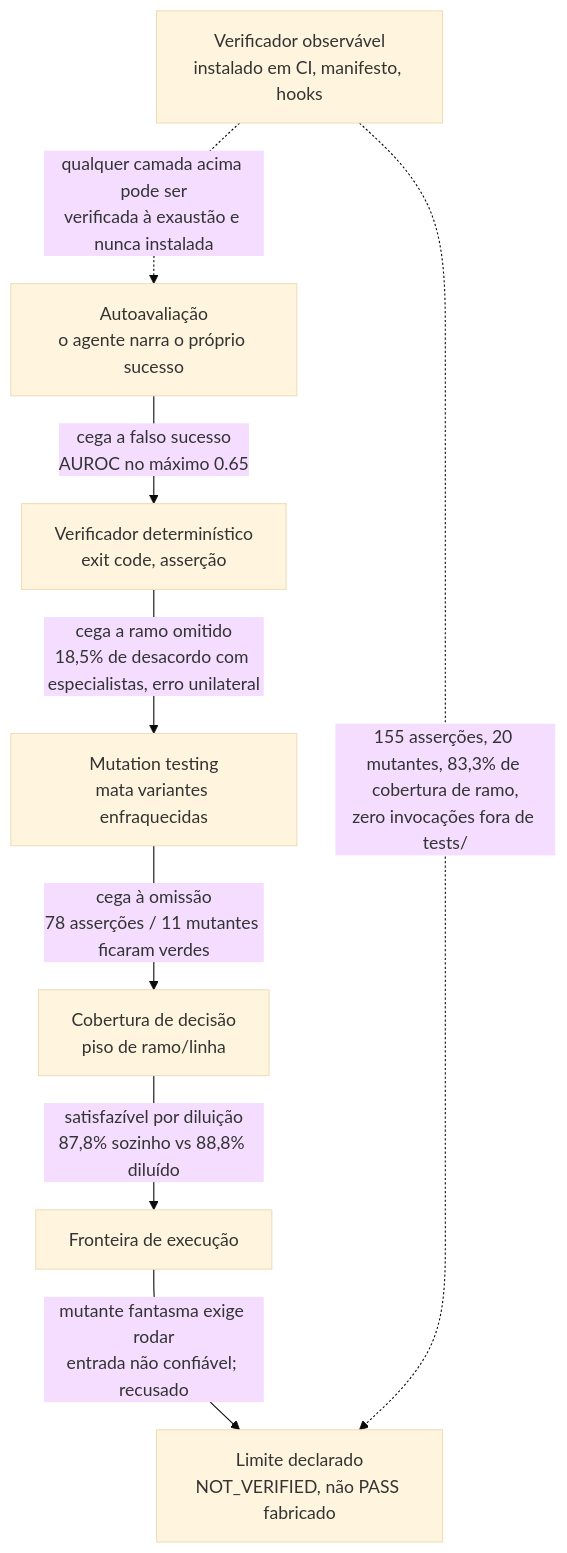
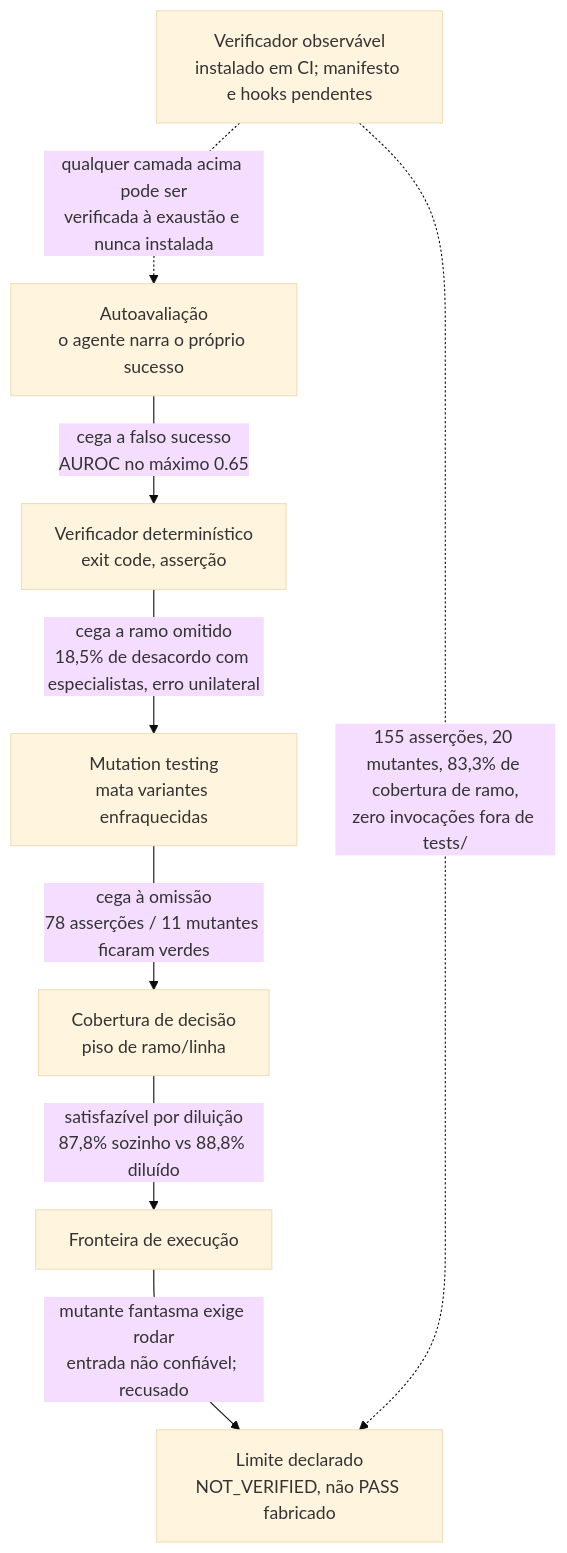
The fourth of 4 diagrams in README.pt-BR.md (MrSchrodingers/tollens), drawn with Mermaid (base theme) before and after one commit. The commit also changed 3 other files, not shown here.

````diff
--- a/README.pt-BR.md
+++ b/README.pt-BR.md
@@ -1024,11 +1024,11 @@
 ```mermaid
 flowchart TD
     A["Autoavaliação<br/>o agente narra o próprio sucesso"] -->|"cega a falso sucesso<br/>AUROC no máximo 0.65"| B["Verificador determinístico<br/>exit code, asserção"]
     B -->|"cega a ramo omitido<br/>18,5% de desacordo com especialistas, erro unilateral"| C["Mutation testing<br/>mata variantes enfraquecidas"]
     C -->|"cega à omissão<br/>78 asserções / 11 mutantes ficaram verdes"| D["Cobertura de decisão<br/>piso de ramo/linha"]
     D -->|"satisfazível por diluição<br/>87,8% sozinho vs 88,8% diluído"| E["Fronteira de execução"]
     E -->|"mutante fantasma exige rodar<br/>entrada não confiável; recusado"| F["Limite declarado<br/>NOT_VERIFIED, não PASS fabricado"]
 
-    G["Verificador observável<br/>instalado em CI, manifesto, hooks"] -.->|"qualquer camada acima pode ser<br/>verificada à exaustão e nunca instalada"| A
+    G["Verificador observável<br/>instalado em CI; manifesto e hooks pendentes"] -.->|"qualquer camada acima pode ser<br/>verificada à exaustão e nunca instalada"| A
     G -.->|"155 asserções, 20 mutantes, 83,3% de cobertura de ramo,<br/>zero invocações fora de tests/"| F
 ```
````
